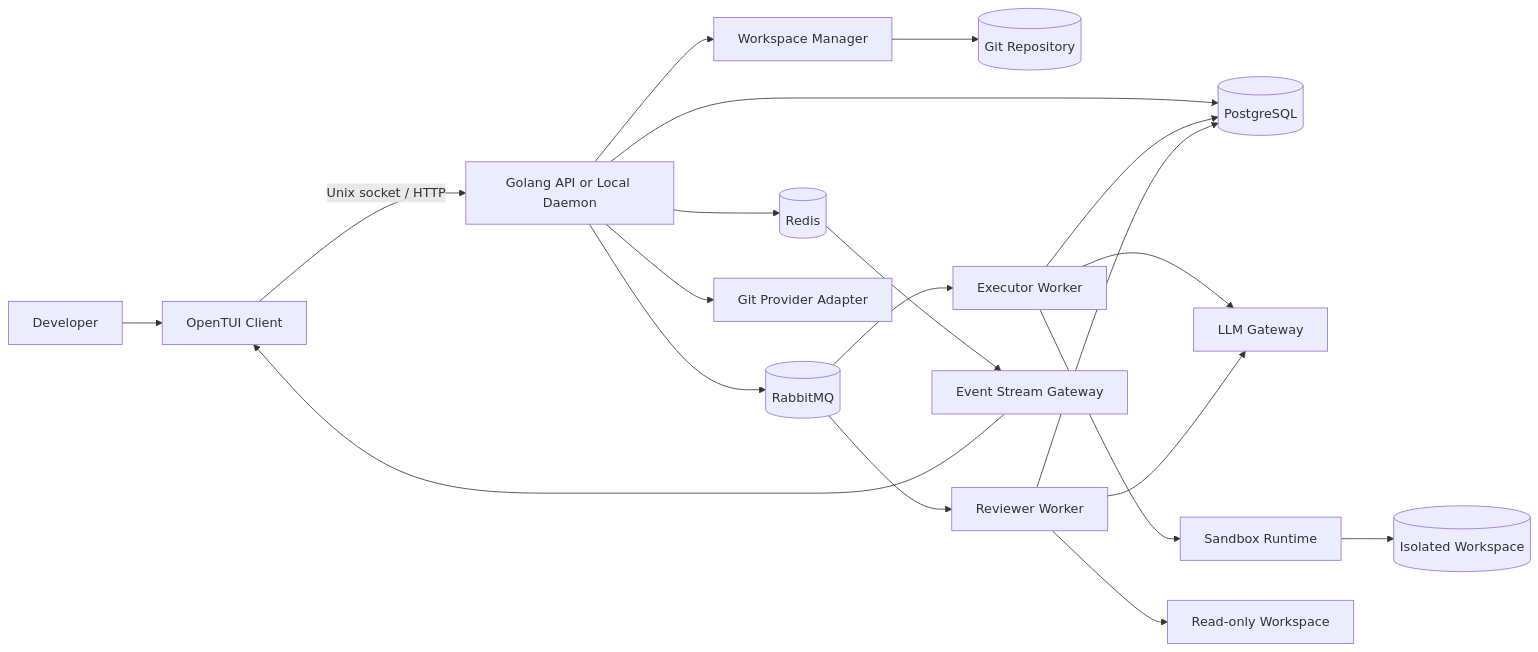
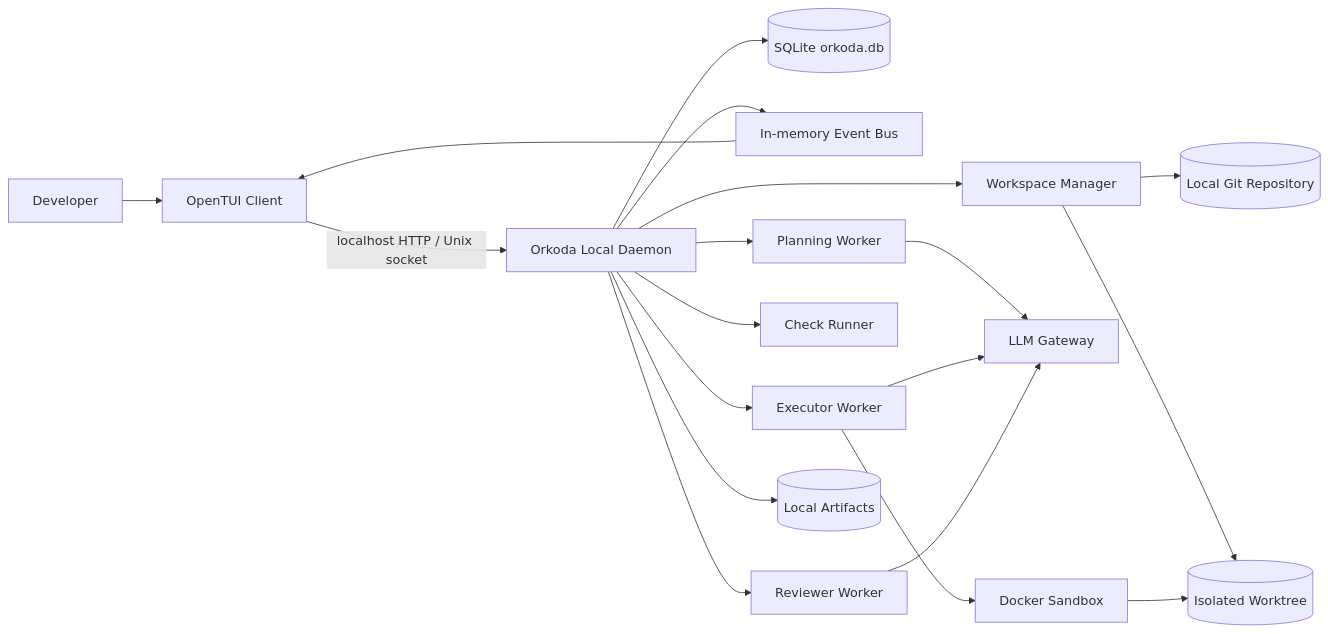
Before and after one commit to livingdolls/orkoda-tui: the first of 2 diagrams in docs/architecture.md, drawn with Mermaid. The commit also changed other lines of this file, not shown here.

Commit message:
docs: redefine architecture for local embedded runtime

````diff
--- a/docs/architecture.md
+++ b/docs/architecture.md
@@ -14,22 +19,21 @@
 ```mermaid
 flowchart LR
     U[Developer] --> TUI[OpenTUI Client]
-    TUI -->|Unix socket / HTTP| API[Golang API or Local Daemon]
-    API --> DB[(PostgreSQL)]
-    API --> REDIS[(Redis)]
-    API --> MQ[(RabbitMQ)]
-    API --> WM[Workspace Manager]
-    WM --> GIT[(Git Repository)]
-    MQ --> EW[Executor Worker]
-    MQ --> RW[Reviewer Worker]
-    EW --> LLM[LLM Gateway]
-    RW --> LLM
-    EW --> SB[Sandbox Runtime]
-    RW --> RWS[Read-only Workspace]
-    SB --> WS[(Isolated Workspace)]
-    EW --> DB
-    RW --> DB
-    REDIS --> EVT[Event Stream Gateway]
-    EVT --> TUI
-    API --> GP[Git Provider Adapter]
+    TUI -->|localhost HTTP / Unix socket| D[Orkoda Local Daemon]
+    D --> DB[(SQLite orkoda.db)]
+    D --> BUS[In-memory Event Bus]
+    BUS --> TUI
+    D --> WM[Workspace Manager]
+    WM --> GIT[(Local Git Repository)]
+    WM --> WS[(Isolated Worktree)]
+    D --> PA[Planning Worker]
+    D --> EA[Executor Worker]
+    D --> CA[Check Runner]
+    D --> RA[Reviewer Worker]
+    PA --> LLM[LLM Gateway]
+    EA --> LLM
+    RA --> LLM
+    EA --> SB[Docker Sandbox]
+    SB --> WS
+    D --> FS[(Local Artifacts)]
 ```
````
